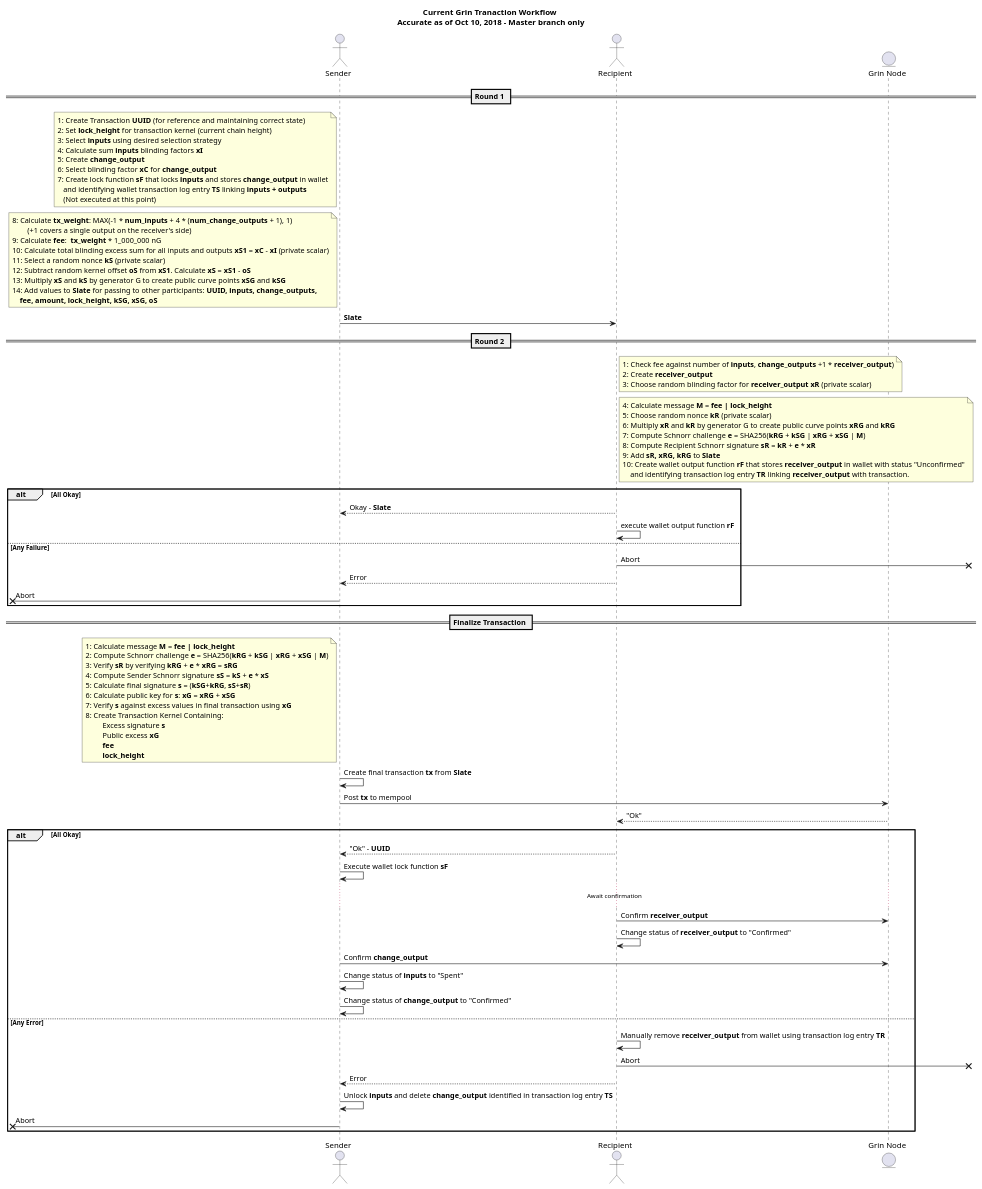
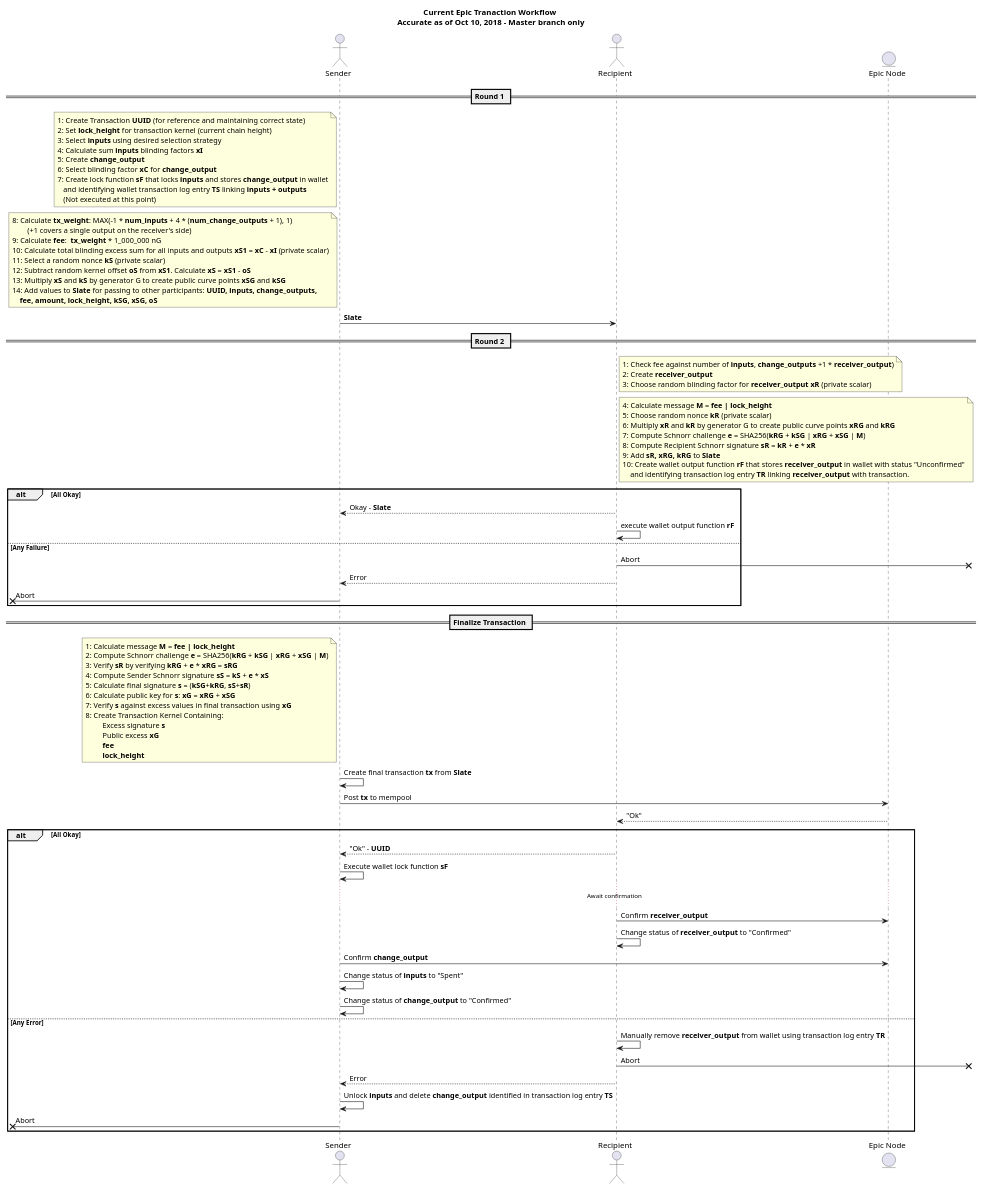
The diagram in doc/transaction/basic-transaction-wf.puml (EpicCash/epic-wallet), drawn with PlantUML before and after one commit. The commit also changed 101 other files, not shown here.

```diff
--- a/doc/transaction/basic-transaction-wf.puml
+++ b/doc/transaction/basic-transaction-wf.puml
@@ -1,97 +1,97 @@
-@startuml grin-transaction
+@startuml epic-transaction
 
 title 
-**Current Grin Tranaction Workflow** 
+**Current Epic Tranaction Workflow** 
 Accurate as of Oct 10, 2018 - Master branch only
 end title
 
 actor "Sender" as sender
 actor "Recipient" as recipient
-entity "Grin Node" as epic_node
+entity "Epic Node" as epic_node
 
 == Round 1 ==
 
 note left of sender
 	1: Create Transaction **UUID** (for reference and maintaining correct state)
 	2: Set **lock_height** for transaction kernel (current chain height)
 	3: Select **inputs** using desired selection strategy
 	4: Calculate sum **inputs** blinding factors **xI**
 	5: Create **change_output**
 	6: Select blinding factor **xC** for **change_output**
 	7: Create lock function **sF** that locks **inputs** and stores **change_output** in wallet
 	   and identifying wallet transaction log entry **TS** linking **inputs + outputs**
 	   (Not executed at this point)
 end note
 note left of sender
 	8: Calculate **tx_weight**: MAX(-1 * **num_inputs** + 4 * (**num_change_outputs** + 1), 1)
 		(+1 covers a single output on the receiver's side)
 	9: Calculate **fee**:  **tx_weight** * 1_000_000 nG
 	10: Calculate total blinding excess sum for all inputs and outputs **xS1** = **xC** - **xI** (private scalar)
 	11: Select a random nonce **kS** (private scalar)
 	12: Subtract random kernel offset **oS** from **xS1**. Calculate **xS** = **xS1** - **oS**
 	13: Multiply **xS** and **kS** by generator G to create public curve points **xSG** and **kSG**
 	14: Add values to **Slate** for passing to other participants: **UUID, inputs, change_outputs,**
 	    **fee, amount, lock_height, kSG, xSG, oS**
 end note
 sender -> recipient: **Slate**
 == Round 2 ==
 note right of recipient
 	1: Check fee against number of **inputs**, **change_outputs** +1 * **receiver_output**)
 	2: Create **receiver_output**
 	3: Choose random blinding factor for **receiver_output** **xR** (private scalar)
 end note
 note right of recipient
 	4: Calculate message **M** = **fee | lock_height **
 	5: Choose random nonce **kR** (private scalar)
 	6: Multiply **xR** and **kR** by generator G to create public curve points **xRG** and **kRG**
 	7: Compute Schnorr challenge **e** = SHA256(**kRG** + **kSG** | **xRG** + **xSG** | **M**)
 	8: Compute Recipient Schnorr signature **sR** = **kR** + **e** * **xR**
 	9: Add **sR, xRG, kRG** to **Slate**
 	10: Create wallet output function **rF** that stores **receiver_output** in wallet with status "Unconfirmed"
 	    and identifying transaction log entry **TR** linking **receiver_output** with transaction.
 end note
 alt All Okay
 recipient --> sender: Okay - **Slate**
 recipient -> recipient: execute wallet output function **rF**
 else Any Failure
 recipient ->x]: Abort
 recipient --> sender: Error
 [x<- sender: Abort
 end
 == Finalize Transaction ==
 note left of sender
 	1: Calculate message **M** = **fee | lock_height **
 	2: Compute Schnorr challenge **e** = SHA256(**kRG** + **kSG** | **xRG** + **xSG** | **M**)
 	3: Verify **sR** by verifying **kRG** + **e** * **xRG** = **sRG**
 	4: Compute Sender Schnorr signature **sS** = **kS** + **e** * **xS**
 	5: Calculate final signature **s** = (**kSG**+**kRG**, **sS**+**sR**)
 	6: Calculate public key for **s**: **xG** = **xRG** + **xSG**
 	7: Verify **s** against excess values in final transaction using **xG**
 	8: Create Transaction Kernel Containing:
 		 Excess signature **s**
 		 Public excess **xG**
 		 **fee**
 		 **lock_height**
 end note
 sender -> sender: Create final transaction **tx** from **Slate**
 sender -> epic_node: Post **tx** to mempool
 epic_node --> recipient: "Ok"
 alt All Okay
 recipient --> sender: "Ok" - **UUID**
 sender -> sender: Execute wallet lock function **sF**
 ...Await confirmation...
 recipient -> epic_node: Confirm **receiver_output**
 recipient -> recipient: Change status of **receiver_output** to "Confirmed"
 sender -> epic_node: Confirm **change_output**
 sender -> sender: Change status of **inputs** to "Spent"
 sender -> sender: Change status of **change_output** to "Confirmed"
 else Any Error
 recipient -> recipient: Manually remove **receiver_output** from wallet using transaction log entry **TR**
 recipient ->x]: Abort
 recipient --> sender: Error
 sender -> sender: Unlock **inputs** and delete **change_output** identified in transaction log entry **TS**
 [x<- sender: Abort
 end
 
 
 @enduml
```
